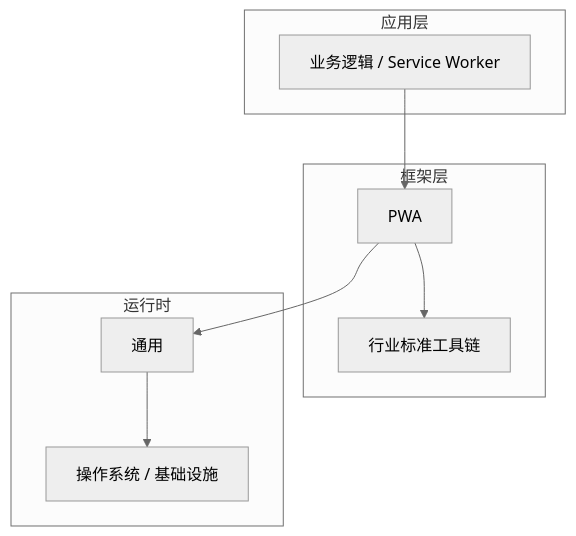
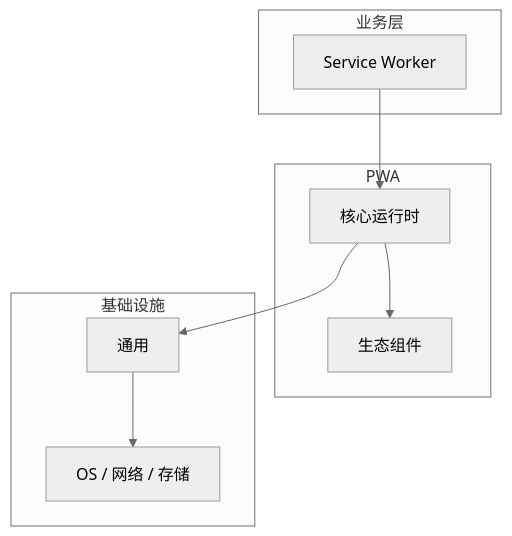
The diagram in articles/PWA/chapters/007-Service-Worker核心概念与原理.md (yanggan2015/knowledge-json-v2), drawn with Mermaid (neutral theme) before and after one commit. The commit also changed other lines of this file and 10127 other files, not shown here.

````diff
--- a/articles/PWA/chapters/007-Service-Worker核心概念与原理.md
+++ b/articles/PWA/chapters/007-Service-Worker核心概念与原理.md
@@ -45,18 +34,18 @@
 ```mermaid
 graph TB
-    subgraph 应用层
-        A[业务逻辑 / Service Worker]
+    subgraph 业务层
+        A[Service Worker]
     end
-    subgraph 框架层
-        B[PWA]
-        C[行业标准工具链]
+    subgraph PWA
+        B[核心运行时]
+        C[生态组件]
     end
-    subgraph 运行时
+    subgraph 基础设施
         D[通用]
-        E[操作系统 / 基础设施]
+        E[OS / 网络 / 存储]
     end
     A --> B
     B --> C
     B --> D
     D --> E
 ```
````
